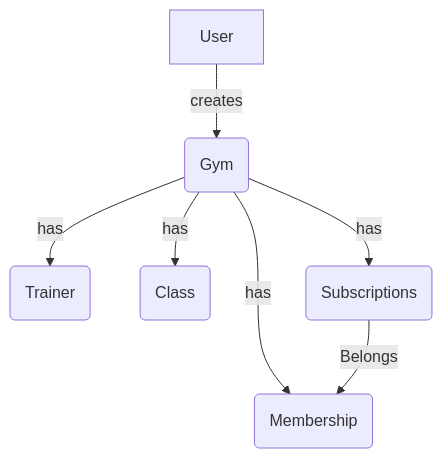
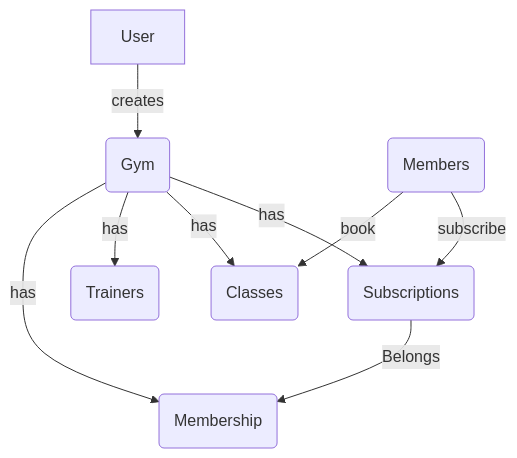
One commit to gualberto7/gym-management-app changed the diagram in README.md. Above: the diagram before and after it, drawn with Mermaid.

Commit message:
Update diagram

````diff
--- a/README.md
+++ b/README.md
@@ -22,9 +22,11 @@
 ```mermaid
 flowchart TD
    A[User] -->|creates| B(Gym)
    B --> |has| C(Membership)
-   B --> |has| D(Trainer)
-   B --> |has| E(Class)
+   B --> |has| D(Trainers)
+   B --> |has| E(Classes)
    B --> |has| F(Subscriptions)
+   G(Members) --> |book| E
+   G --> |subscribe| F
    F --> |Belongs| C
 ```
````
